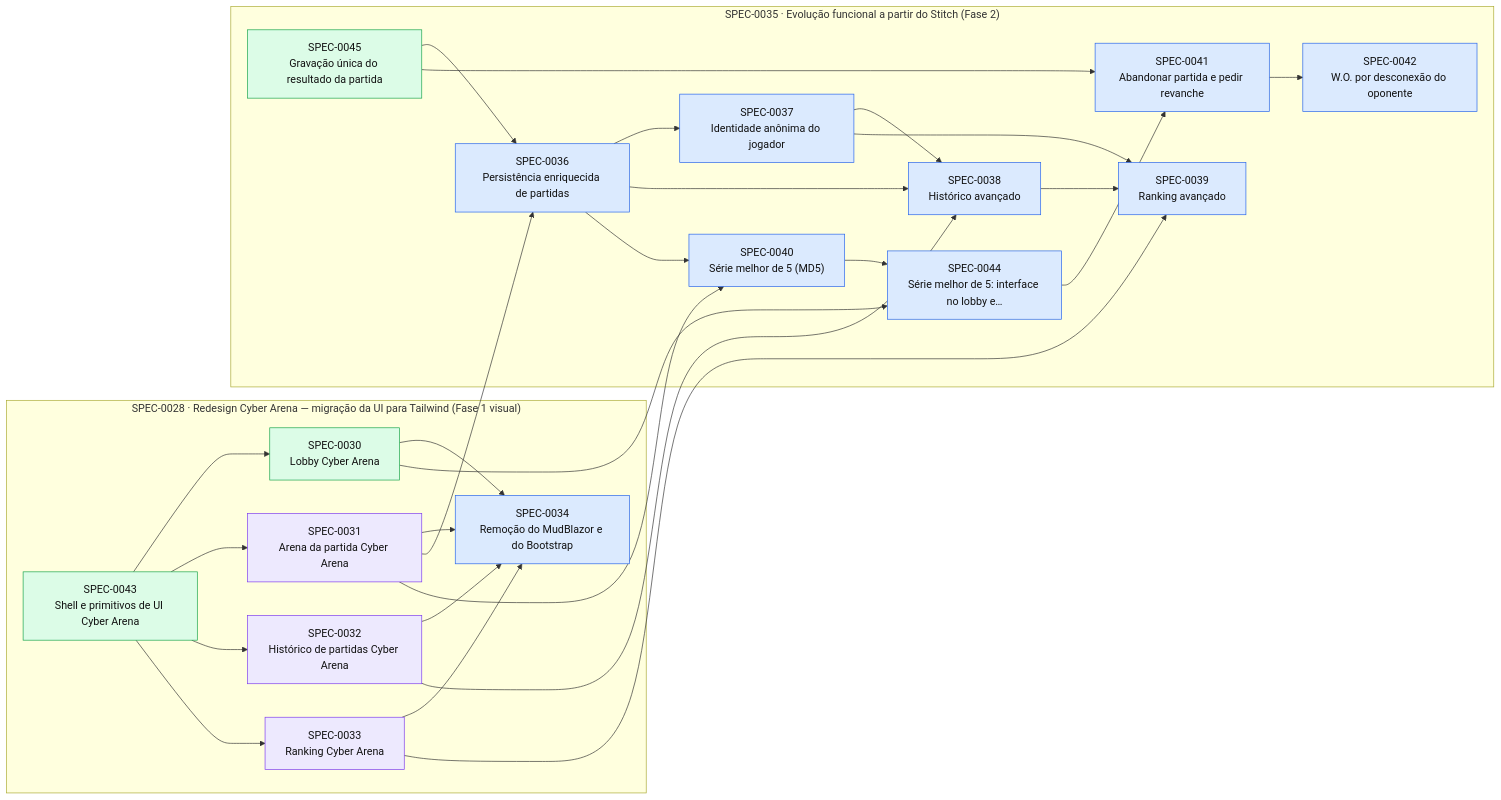
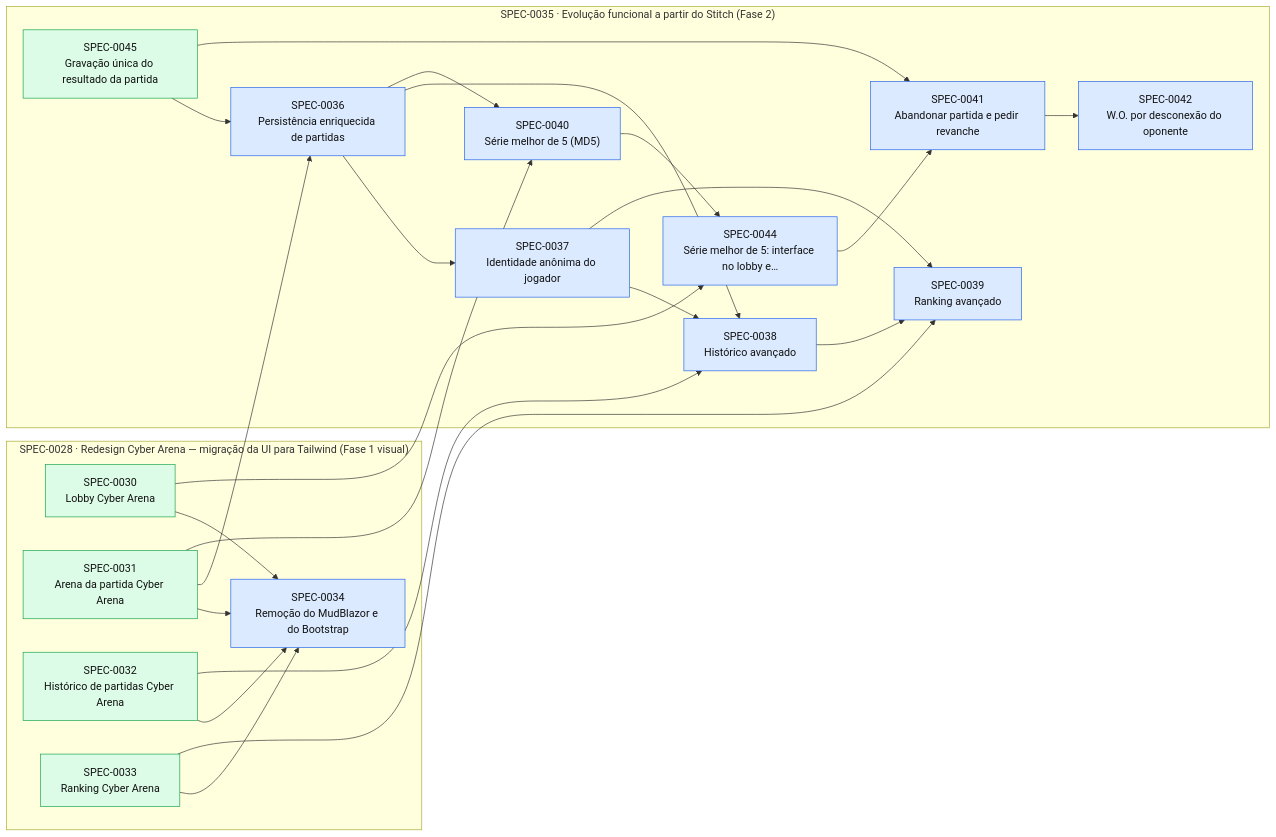
Before and after one commit to thomasravache/jogo-da-velha-multiplayer: the diagram in docs/specs/INDEX.md, drawn with Mermaid. The commit also changed other lines of this file and 4 other files, not shown here.

````diff
--- a/docs/specs/INDEX.md
+++ b/docs/specs/INDEX.md
@@ -47,51 +44,46 @@
 ```mermaid
 flowchart LR
   subgraph E0028["SPEC-0028 · Redesign Cyber Arena — migração da UI para Tailwind (Fase 1 visual)"]
     S0030["SPEC-0030<br/>Lobby Cyber Arena"]:::implemented
-    S0031["SPEC-0031<br/>Arena da partida Cyber Arena"]:::inprogress
-    S0032["SPEC-0032<br/>Histórico de partidas Cyber Arena"]:::inprogress
-    S0033["SPEC-0033<br/>Ranking Cyber Arena"]:::inprogress
+    S0031["SPEC-0031<br/>Arena da partida Cyber Arena"]:::implemented
+    S0032["SPEC-0032<br/>Histórico de partidas Cyber Arena"]:::implemented
+    S0033["SPEC-0033<br/>Ranking Cyber Arena"]:::implemented
     S0034["SPEC-0034<br/>Remoção do MudBlazor e do Bootstrap"]:::approved
-    S0043["SPEC-0043<br/>Shell e primitivos de UI Cyber Arena"]:::implemented
   end
   subgraph E0035["SPEC-0035 · Evolução funcional a partir do Stitch (Fase 2)"]
     S0036["SPEC-0036<br/>Persistência enriquecida de partidas"]:::approved
     S0037["SPEC-0037<br/>Identidade anônima do jogador"]:::approved
     S0038["SPEC-0038<br/>Histórico avançado"]:::approved
     S0039["SPEC-0039<br/>Ranking avançado"]:::approved
     S0040["SPEC-0040<br/>Série melhor de 5 (MD5)"]:::approved
     S0041["SPEC-0041<br/>Abandonar partida e pedir revanche"]:::approved
     S0042["SPEC-0042<br/>W.O. por desconexão do oponente"]:::approved
     S0044["SPEC-0044<br/>Série melhor de 5: interface no lobby e…"]:::approved
     S0045["SPEC-0045<br/>Gravação única do resultado da partida"]:::implemented
   end
-  S0043 --> S0030
-  S0043 --> S0031
-  S0043 --> S0032
-  S0043 --> S0033
   S0030 --> S0034
   S0031 --> S0034
   S0032 --> S0034
   S0033 --> S0034
   S0031 --> S0036
   S0045 --> S0036
   S0036 --> S0037
   S0032 --> S0038
   S0036 --> S0038
   S0037 --> S0038
   S0033 --> S0039
   S0037 --> S0039
   S0038 --> S0039
   S0031 --> S0040
   S0036 --> S0040
   S0044 --> S0041
   S0045 --> S0041
   S0041 --> S0042
   S0030 --> S0044
   S0040 --> S0044
   classDef proposed fill:#fef3c7,stroke:#d97706,color:#111
   classDef approved fill:#dbeafe,stroke:#2563eb,color:#111
   classDef inprogress fill:#ede9fe,stroke:#7c3aed,color:#111
   classDef implemented fill:#dcfce7,stroke:#16a34a,color:#111
   classDef deprecated fill:#f3f4f6,stroke:#9ca3af,color:#6b7280
 ```
````
